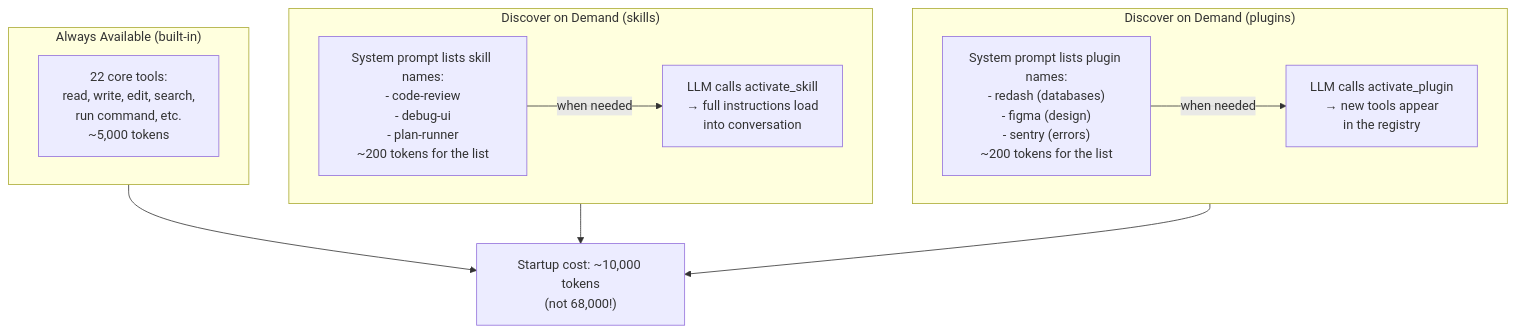
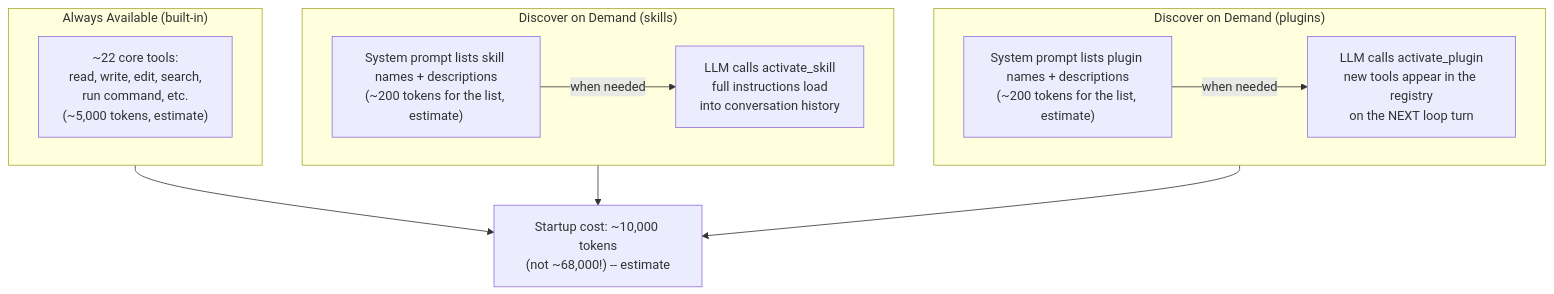
One commit to 2kages/agent-learning changed the third of 11 diagrams in progressive-discovery.md. Above: the diagram before and after it, drawn with Mermaid. The commit also changed other lines of this file and 2 other files, not shown here.

````diff
--- a/progressive-discovery.md
+++ b/progressive-discovery.md
@@ -59,26 +61,25 @@
 ```mermaid
 flowchart TD
     subgraph L0 ["Always Available (built-in)"]
-        CORE["22 core tools:<br/>read, write, edit, search,<br/>run command, etc.<br/>~5,000 tokens"]
+        CORE["~22 core tools:<br/>read, write, edit, search,<br/>run command, etc.<br/>(~5,000 tokens, estimate)"]
     end
 
     subgraph L1 ["Discover on Demand (skills)"]
-        SKILLS["System prompt lists skill names:<br/>- code-review<br/>- debug-ui<br/>- plan-runner<br/>~200 tokens for the list"]
-        ACTIVATE_S["LLM calls activate_skill<br/>→ full instructions load<br/>into conversation"]
+        SKILLS["System prompt lists skill names + descriptions<br/>(~200 tokens for the list, estimate)"]
+        ACTIVATE_S["LLM calls activate_skill<br/>full instructions load<br/>into conversation history"]
     end
 
     subgraph L2 ["Discover on Demand (plugins)"]
-        PLUGINS["System prompt lists plugin names:<br/>- redash (databases)<br/>- figma (design)<br/>- sentry (errors)<br/>~200 tokens for the list"]
-        ACTIVATE_P["LLM calls activate_plugin<br/>→ new tools appear<br/>in the registry"]
+        PLUGINS["System prompt lists plugin names + descriptions<br/>(~200 tokens for the list, estimate)"]
+        ACTIVATE_P["LLM calls activate_plugin<br/>new tools appear in the registry<br/>on the NEXT loop turn"]
     end
 
     SKILLS -->|"when needed"| ACTIVATE_S
     PLUGINS -->|"when needed"| ACTIVATE_P
 
-    TOTAL["Startup cost: ~10,000 tokens<br/>(not 68,000!)"]
+    TOTAL["Startup cost: ~10,000 tokens<br/>(not ~68,000!) -- estimate"]
 
     L0 --> TOTAL
     L1 --> TOTAL
     L2 --> TOTAL
-
 ```
````
